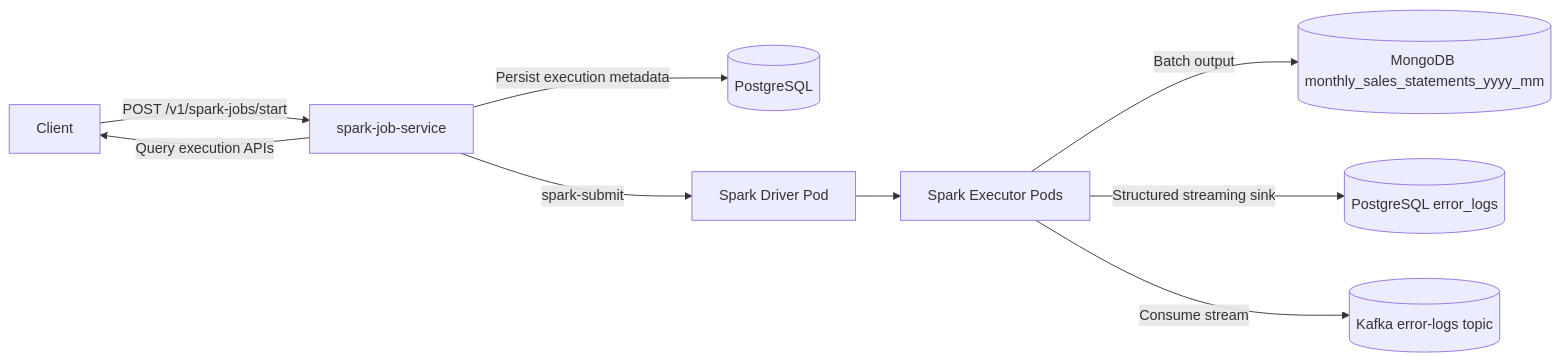
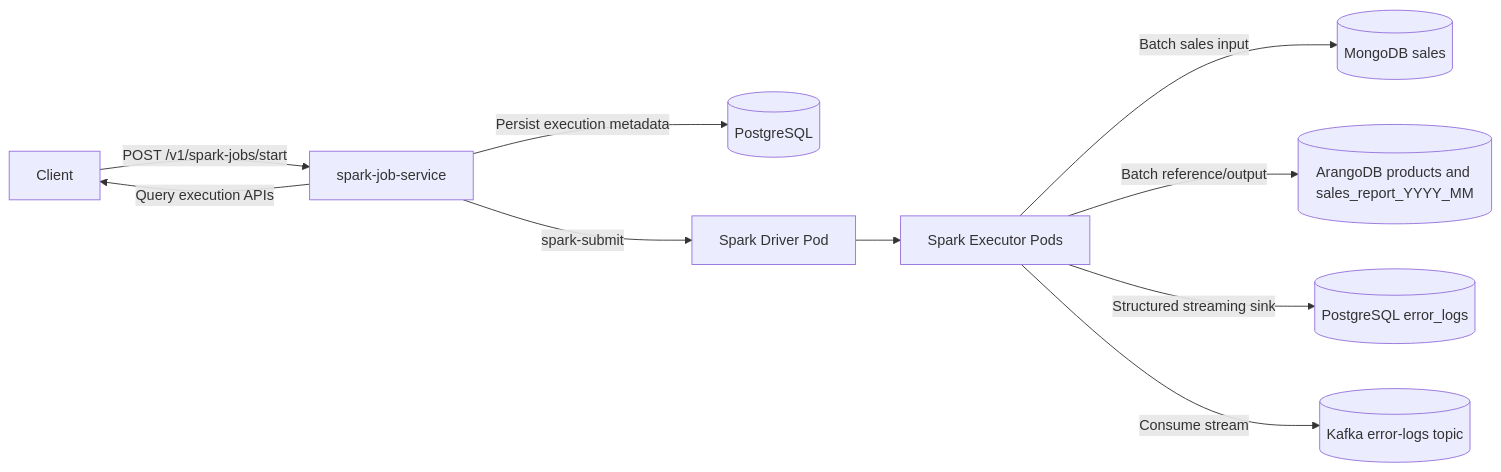
The second of 6 diagrams in docs/ARCHITECTURE.md (paulchen8206/Spark-Platform-on-Kubernetes-with-Spring-Boot), drawn with Mermaid before and after one commit. The commit also changed other lines of this file and 9 other files, not shown here.

````diff
--- a/docs/ARCHITECTURE.md
+++ b/docs/ARCHITECTURE.md
@@ -26,13 +26,14 @@
 ```mermaid
 flowchart LR
   C[Client] -->|POST /v1/spark-jobs/start| API[spark-job-service]
   API -->|Persist execution metadata| META[(PostgreSQL)]
   API -->|spark-submit| DRV[Spark Driver Pod]
   DRV --> EXE[Spark Executor Pods]
 
-  EXE -->|Batch output| MONGO[(MongoDB monthly_sales_statements_yyyy_mm)]
+  EXE -->|Batch sales input| MONGO[(MongoDB sales)]
+  EXE -->|Batch reference/output| ARANGO[(ArangoDB products and sales_report_YYYY_MM)]
   EXE -->|Structured streaming sink| PG[(PostgreSQL error_logs)]
   EXE -->|Consume stream| KAFKA[(Kafka error-logs topic)]
 
   API -->|Query execution APIs| C
 ```
````
